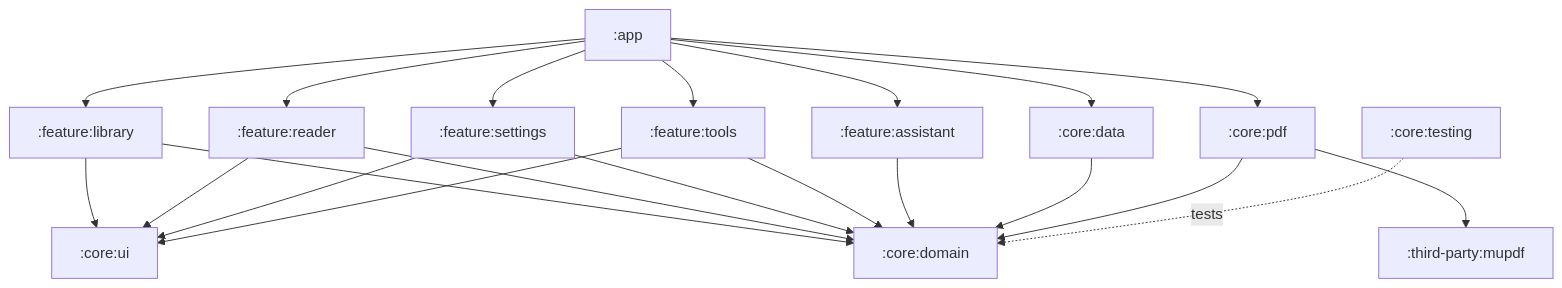
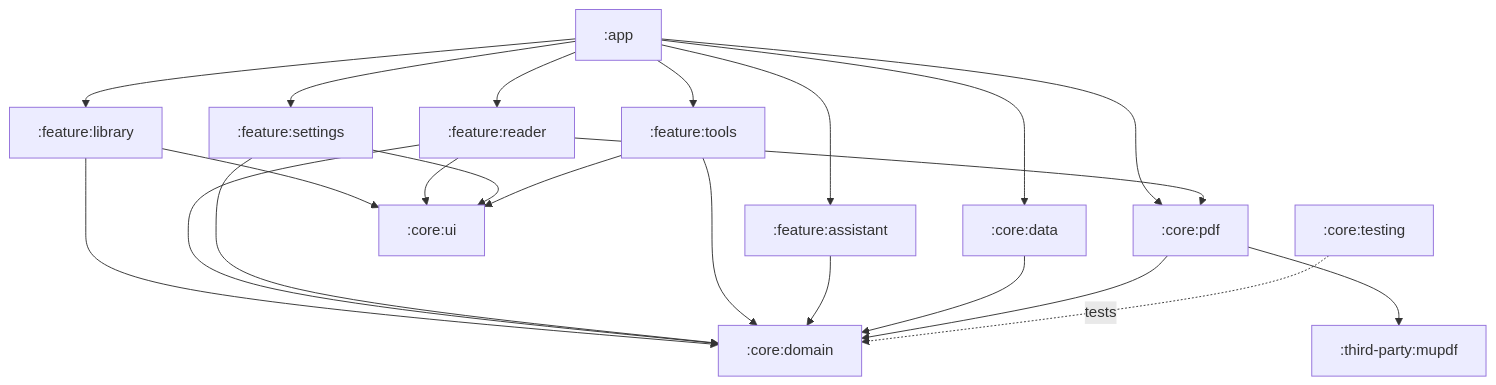
The first of 4 diagrams in docs/architecture.md (myxomatom/LutrinPDF), drawn with Mermaid before and after one commit. The commit also changed other lines of this file and 6 other files, not shown here.

First line of the commit message:
docs: track project progress and record the reader architecture (ADR 0008)

````diff
--- a/docs/architecture.md
+++ b/docs/architecture.md
@@ -33,19 +37,20 @@
 ```mermaid
 flowchart TD
     app[":app"] --> fl[":feature:library"]
     app --> fr[":feature:reader"]
     app --> fs[":feature:settings"]
     app --> ft[":feature:tools"]
     app --> fa[":feature:assistant"]
     app --> data[":core:data"]
     app --> pdf[":core:pdf"]
 
     fl & fr & fs & ft --> ui[":core:ui"]
     fl & fr & fs & ft & fa --> domain[":core:domain"]
+    fr --> pdf
 
     data --> domain
     pdf --> domain
     pdf --> mupdf[":third-party:mupdf"]
 
     testing[":core:testing"] -.tests.-> domain
 ```
````
